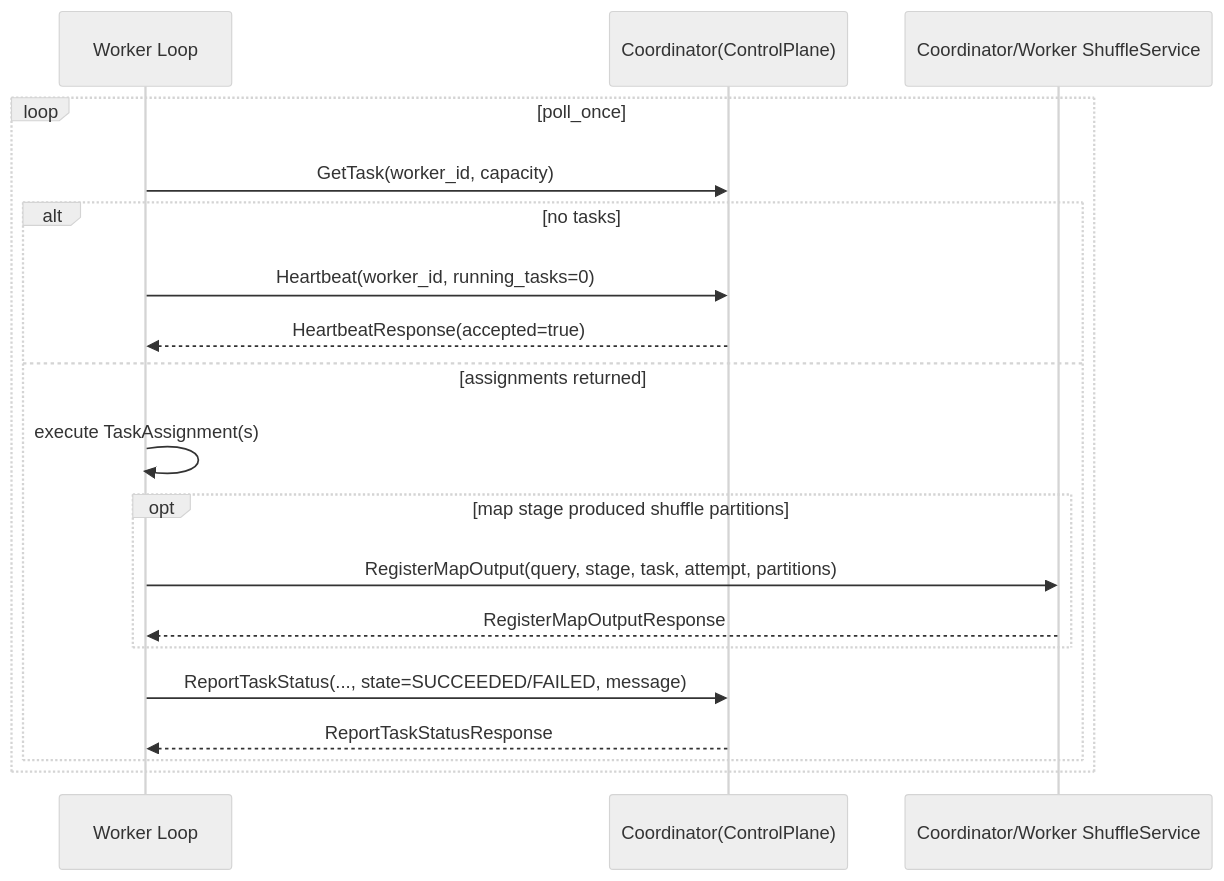
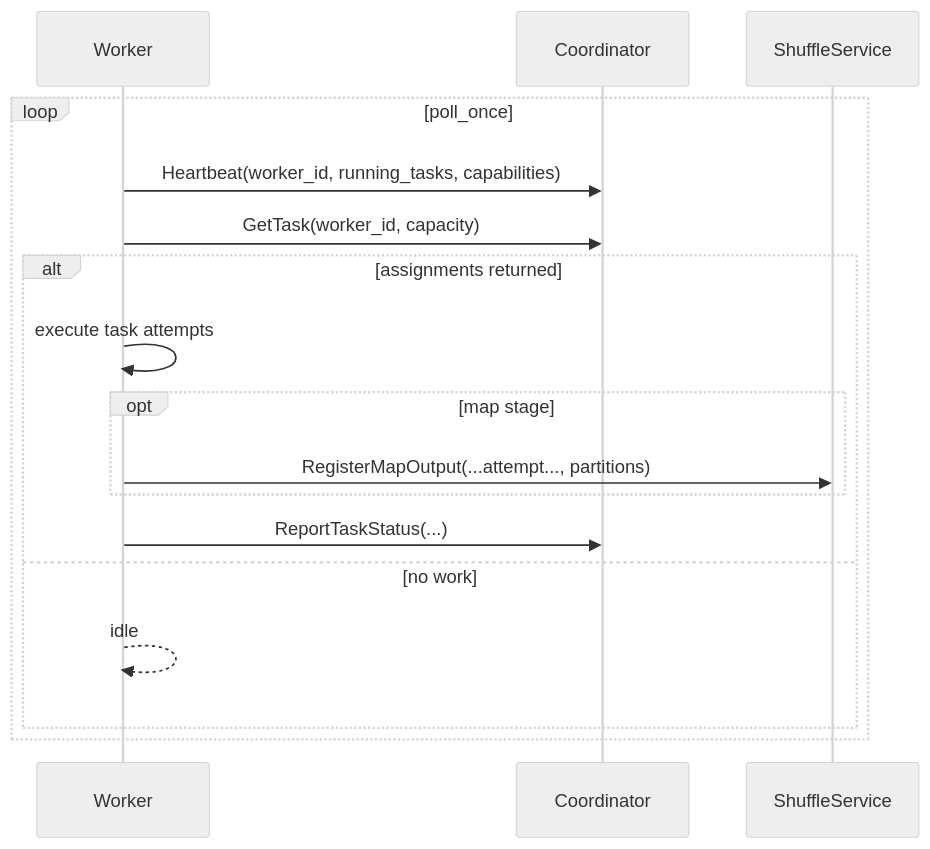
The second of 2 diagrams in docs/learn/07-rpc-protocol.md (FFTLabs/fastflowquery), drawn with Mermaid (neutral theme) before and after one commit. The commit also changed other lines of this file and 11 other files, not shown here.

````diff
--- a/docs/learn/07-rpc-protocol.md
+++ b/docs/learn/07-rpc-protocol.md
@@ -115,22 +89,20 @@
 ```mermaid
 sequenceDiagram
-    participant Worker as Worker Loop
-    participant Coord as Coordinator(ControlPlane)
-    participant Shuffle as Coordinator/Worker ShuffleService
+    participant Worker as Worker
+    participant Coord as Coordinator
+    participant Shuffle as ShuffleService
 
     loop poll_once
-        Worker->>Coord: GetTask(worker_id, capacity)
-        alt no tasks
-            Worker->>Coord: Heartbeat(worker_id, running_tasks=0)
-            Coord-->>Worker: HeartbeatResponse(accepted=true)
-        else assignments returned
-            Worker->>Worker: execute TaskAssignment(s)
-            opt map stage produced shuffle partitions
-                Worker->>Shuffle: RegisterMapOutput(query, stage, task, attempt, partitions)
-                Shuffle-->>Worker: RegisterMapOutputResponse
-            end
-            Worker->>Coord: ReportTaskStatus(..., state=SUCCEEDED/FAILED, message)
-            Coord-->>Worker: ReportTaskStatusResponse
+      Worker->>Coord: Heartbeat(worker_id, running_tasks, capabilities)
+      Worker->>Coord: GetTask(worker_id, capacity)
+      alt assignments returned
+        Worker->>Worker: execute task attempts
+        opt map stage
+          Worker->>Shuffle: RegisterMapOutput(...attempt..., partitions)
         end
+        Worker->>Coord: ReportTaskStatus(...)
+      else no work
+        Worker-->>Worker: idle
+      end
     end
 ```
````
